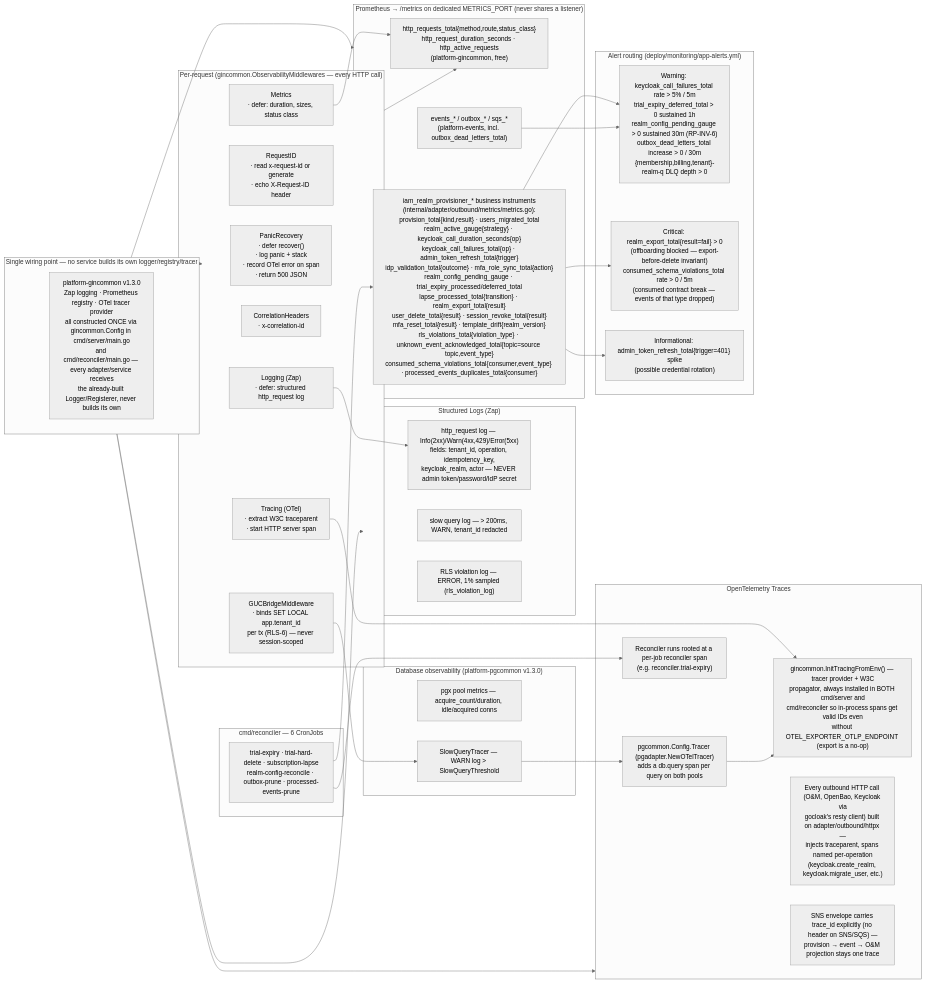
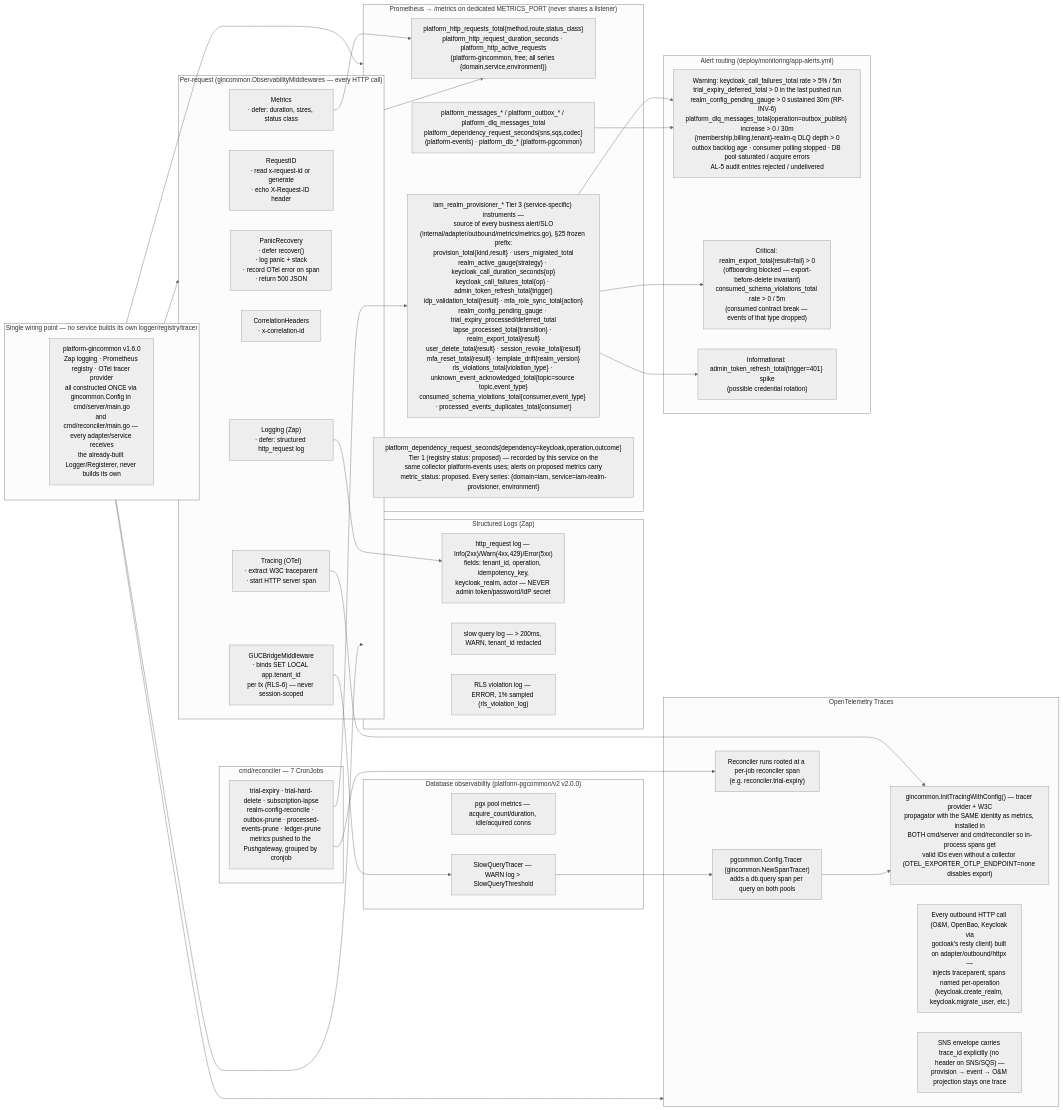
One commit to BCBP-SOLUTIONS-FZC-LLC/iam-realm-provisioner changed the diagram in docs/architecture/mermaid/observability-stack.mmd. Above: the diagram before and after it, drawn with Mermaid (neutral theme). The commit also changed 167 other files, not shown here.

First line of the commit message:
feat!: Observability Standard, latest platform libraries and production-readiness fixes (#14)

```diff
--- a/docs/architecture/mermaid/observability-stack.mmd
+++ b/docs/architecture/mermaid/observability-stack.mmd
@@ -1,67 +1,71 @@
 graph LR
     subgraph request["Per-request (gincommon.ObservabilityMiddlewares — every HTTP call)"]
         panic["PanicRecovery\n· defer recover()\n· log panic + stack\n· record OTel error on span\n· return 500 JSON"]
         reqid["RequestID\n· read x-request-id or generate\n· echo X-Request-ID header"]
         trace["Tracing (OTel)\n· extract W3C traceparent\n· start HTTP server span"]
         corr["CorrelationHeaders\n· x-correlation-id"]
         metricsmw["Metrics\n· defer: duration, sizes, status class"]
         logging["Logging (Zap)\n· defer: structured http_request log"]
         guc["GUCBridgeMiddleware\n· binds SET LOCAL app.tenant_id\nper tx (RLS-6) — never session-scoped"]
     end
 
     subgraph gincommon_only["Single wiring point — no service builds its own logger/registry/tracer"]
-        gc1["platform-gincommon v1.3.0\nZap logging · Prometheus registry · OTel tracer provider\nall constructed ONCE via gincommon.Config in cmd/server/main.go\nand cmd/reconciler/main.go — every adapter/service receives\nthe already-built Logger/Registerer, never builds its own"]
+        gc1["platform-gincommon v1.6.0\nZap logging · Prometheus registry · OTel tracer provider\nall constructed ONCE via gincommon.Config in cmd/server/main.go\nand cmd/reconciler/main.go — every adapter/service receives\nthe already-built Logger/Registerer, never builds its own"]
     end
 
     subgraph prom["Prometheus  →  /metrics on dedicated METRICS_PORT (never shares a listener)"]
-        p1["http_requests_total{method,route,status_class}\nhttp_request_duration_seconds · http_active_requests\n(platform-gincommon, free)"]
-        p2["events_* / outbox_* / sqs_*\n(platform-events, incl. outbox_dead_letters_total)"]
-        p3["iam_realm_provisioner_* business instruments\n(internal/adapter/outbound/metrics/metrics.go):\nprovision_total{kind,result} · users_migrated_total\nrealm_active_gauge{strategy} · keycloak_call_duration_seconds{op}\nkeycloak_call_failures_total{op} · admin_token_refresh_total{trigger}\nidp_validation_total{outcome} · mfa_role_sync_total{action}\nrealm_config_pending_gauge · trial_expiry_processed/deferred_total\nlapse_processed_total{transition} · realm_export_total{result}\nuser_delete_total{result} · session_revoke_total{result}\nmfa_reset_total{result} · template_drift{realm_version}\nrls_violations_total{violation_type} · unknown_event_acknowledged_total{topic=source topic,event_type}\nconsumed_schema_violations_total{consumer,event_type} · processed_events_duplicates_total{consumer}"]
+        p1["platform_http_requests_total{method,route,status_class}\nplatform_http_request_duration_seconds · platform_http_active_requests\n(platform-gincommon, free; all series {domain,service,environment})"]
+        p2["platform_messages_* / platform_outbox_* / platform_dlq_messages_total\nplatform_dependency_request_seconds{sns,sqs,codec}\n(platform-events) · platform_db_* (platform-pgcommon)"]
+        p3["iam_realm_provisioner_* Tier 3 (service-specific) instruments —\nsource of every business alert/SLO\n(internal/adapter/outbound/metrics/metrics.go), §25 frozen prefix:\nprovision_total{kind,result} · users_migrated_total\nrealm_active_gauge{strategy} · keycloak_call_duration_seconds{op}\nkeycloak_call_failures_total{op} · admin_token_refresh_total{trigger}\nidp_validation_total{result} · mfa_role_sync_total{action}\nrealm_config_pending_gauge · trial_expiry_processed/deferred_total\nlapse_processed_total{transition} · realm_export_total{result}\nuser_delete_total{result} · session_revoke_total{result}\nmfa_reset_total{result} · template_drift{realm_version}\nrls_violations_total{violation_type} · unknown_event_acknowledged_total{topic=source topic,event_type}\nconsumed_schema_violations_total{consumer,event_type} · processed_events_duplicates_total{consumer}"]
+        p4["platform_dependency_request_seconds{dependency=keycloak,operation,outcome}
+Tier 1 (registry status: proposed) — recorded by this service on the
+same collector platform-events uses; alerts on proposed metrics carry
+metric_status: proposed. Every series: {domain=iam, service=iam-realm-provisioner, environment}"]
     end
 
     subgraph otel["OpenTelemetry Traces"]
-        ot1["gincommon.InitTracingFromEnv() — tracer provider + W3C\npropagator, always installed in BOTH cmd/server and\ncmd/reconciler so in-process spans get valid IDs even\nwithout OTEL_EXPORTER_OTLP_ENDPOINT (export is a no-op)"]
-        ot2["pgcommon.Config.Tracer (pgadapter.NewOTelTracer)\nadds a db.query span per query on both pools"]
+        ot1["gincommon.InitTracingWithConfig() — tracer provider + W3C\npropagator with the SAME identity as metrics, installed in\nBOTH cmd/server and cmd/reconciler so in-process spans get\nvalid IDs even without a collector (OTEL_EXPORTER_OTLP_ENDPOINT=none disables export)"]
+        ot2["pgcommon.Config.Tracer (gincommon.NewSpanTracer)\nadds a db.query span per query on both pools"]
         ot3["Every outbound HTTP call (O&M, OpenBao, Keycloak via\ngocloak's resty client) built on adapter/outbound/httpx —\ninjects traceparent, spans named per-operation\n(keycloak.create_realm, keycloak.migrate_user, etc.)"]
         ot4["SNS envelope carries trace_id explicitly (no header on SNS/SQS) —\nprovision → event → O&M projection stays one trace"]
         ot5["Reconciler runs rooted at a per-job reconciler span\n(e.g. reconciler.trial-expiry)"]
     end
 
     subgraph logs["Structured Logs (Zap)"]
         l1["http_request log — Info(2xx)/Warn(4xx,429)/Error(5xx)\nfields: tenant_id, operation, idempotency_key,\nkeycloak_realm, actor — NEVER admin token/password/IdP secret"]
         l2["slow query log — > 200ms, WARN, tenant_id redacted"]
         l3["RLS violation log — ERROR, 1% sampled (rls_violation_log)"]
     end
 
-    subgraph db_obs["Database observability (platform-pgcommon v1.3.0)"]
+    subgraph db_obs["Database observability (platform-pgcommon/v2 v2.0.0)"]
         db1["pgx pool metrics — acquire_count/duration, idle/acquired conns"]
         db2["SlowQueryTracer — WARN log > SlowQueryThreshold"]
     end
 
-    subgraph cron["cmd/reconciler — 6 CronJobs"]
-        c1["trial-expiry · trial-hard-delete · subscription-lapse\nrealm-config-reconcile · outbox-prune · processed-events-prune"]
+    subgraph cron["cmd/reconciler — 7 CronJobs"]
+        c1["trial-expiry · trial-hard-delete · subscription-lapse\nrealm-config-reconcile · outbox-prune · processed-events-prune · ledger-prune\nmetrics pushed to the Pushgateway, grouped by cronjob"]
     end
 
     subgraph alerts["Alert routing (deploy/monitoring/app-alerts.yml)"]
-        a1["Warning: keycloak_call_failures_total rate > 5% / 5m\ntrial_expiry_deferred_total > 0 sustained 1h\nrealm_config_pending_gauge > 0 sustained 30m (RP-INV-6)\noutbox_dead_letters_total increase > 0 / 30m\n{membership,billing,tenant}-realm-q DLQ depth > 0"]
+        a1["Warning: keycloak_call_failures_total rate > 5% / 5m\ntrial_expiry_deferred_total > 0 in the last pushed run\nrealm_config_pending_gauge > 0 sustained 30m (RP-INV-6)\nplatform_dlq_messages_total{operation=outbox_publish} increase > 0 / 30m\n{membership,billing,tenant}-realm-q DLQ depth > 0\noutbox backlog age · consumer polling stopped · DB pool saturated / acquire errors\nAL-5 audit entries rejected / undelivered"]
         a2["Critical: realm_export_total{result=fail} > 0\n(offboarding blocked — export-before-delete invariant)\nconsumed_schema_violations_total rate > 0 / 5m\n(consumed contract break — events of that type dropped)"]
         a3["Informational: admin_token_refresh_total{trigger=401} spike\n(possible credential rotation)"]
     end
 
     gincommon_only --> request
     gincommon_only --> prom
     gincommon_only --> logs
     gincommon_only --> otel
     request --> p1
     metricsmw --> p1
     trace --> ot1
     logging --> l1
     guc --> db2
     db2 --> ot2
     ot2 --> ot1
     c1 --> p3
     c1 --> ot5
     p3 --> a1
     p3 --> a2
     p3 --> a3
     p2 --> a1
```
